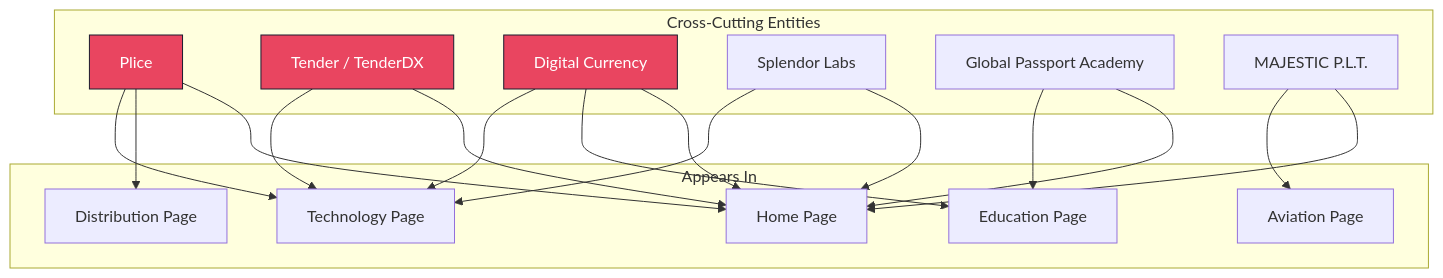
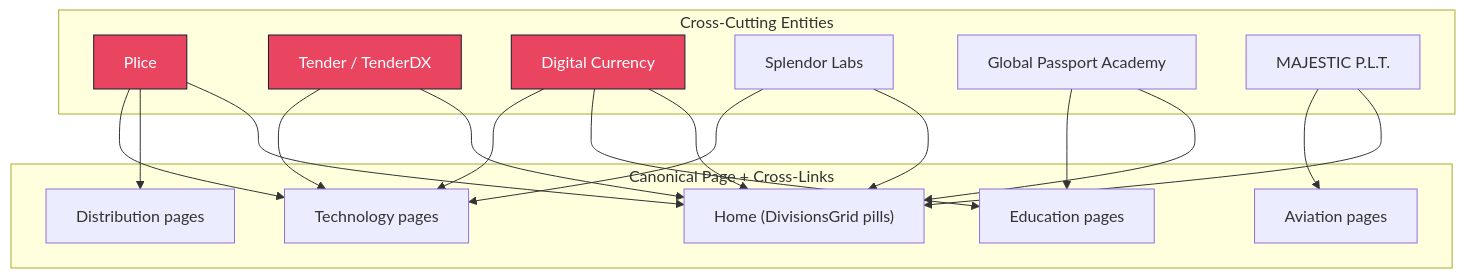
One commit to sudomadhatter/B-L-WorldWide changed the fourth of 4 diagrams in docs/guides/bl_worldwide_website_architecture.md. Above: the diagram before and after it, drawn with Mermaid. The commit also changed other lines of this file, not shown here.

Commit message:
docs: create architecture documentation for B&L Worldwide website build state

````diff
--- a/docs/guides/bl_worldwide_website_architecture.md
+++ b/docs/guides/bl_worldwide_website_architecture.md
@@ -291,43 +288,43 @@
 ```mermaid
-graph TD
-    subgraph "Cross-Cutting Entities"
+flowchart TD
+    subgraph Entities ["Cross-Cutting Entities"]
         PLICE_BRAND["Plice"]
         TENDER_BRAND["Tender / TenderDX"]
         DIGICURR_BRAND["Digital Currency"]
         SPLENDOR_BRAND["Splendor Labs"]
         GPA_BRAND["Global Passport Academy"]
         MAJESTIC["MAJESTIC P.L.T."]
     end
 
-    subgraph "Appears In"
-        TECH_PAGE["Technology Page"]
-        LOGISTICS_PAGE["Distribution Page"]
-        EDU_PAGE["Education Page"]
-        AVIATION_PAGE["Aviation Page"]
-        HOME_PAGE["Home Page"]
+    subgraph Pages ["Canonical Page + Cross-Links"]
+        TECH_PAGE["Technology pages"]
+        LOGISTICS_PAGE["Distribution pages"]
+        EDU_PAGE["Education pages"]
+        AVIATION_PAGE["Aviation pages"]
+        HOME_PAGE["Home (DivisionsGrid pills)"]
     end
 
     PLICE_BRAND --> TECH_PAGE
     PLICE_BRAND --> LOGISTICS_PAGE
     PLICE_BRAND --> HOME_PAGE
 
     TENDER_BRAND --> TECH_PAGE
     TENDER_BRAND --> HOME_PAGE
 
     DIGICURR_BRAND --> TECH_PAGE
     DIGICURR_BRAND --> EDU_PAGE
     DIGICURR_BRAND --> HOME_PAGE
 
     SPLENDOR_BRAND --> TECH_PAGE
     SPLENDOR_BRAND --> HOME_PAGE
 
     GPA_BRAND --> EDU_PAGE
     GPA_BRAND --> HOME_PAGE
 
     MAJESTIC --> AVIATION_PAGE
     MAJESTIC --> HOME_PAGE
 
     style PLICE_BRAND fill:#e94560,stroke:#1a1a2e,color:#fff
     style TENDER_BRAND fill:#e94560,stroke:#1a1a2e,color:#fff
     style DIGICURR_BRAND fill:#e94560,stroke:#1a1a2e,color:#fff
 ```
````
